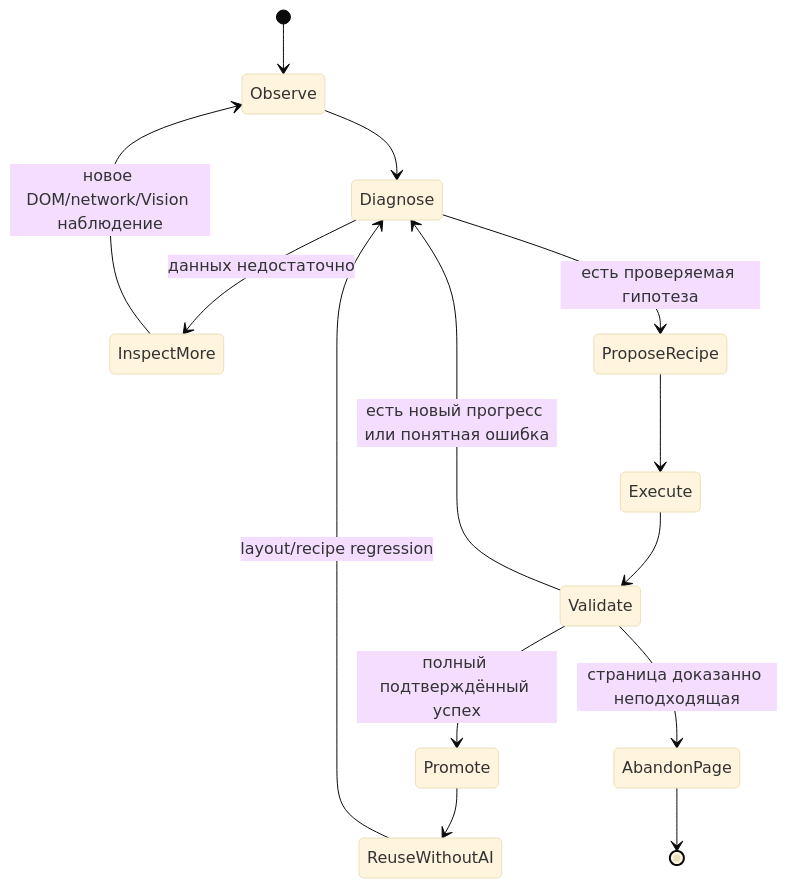
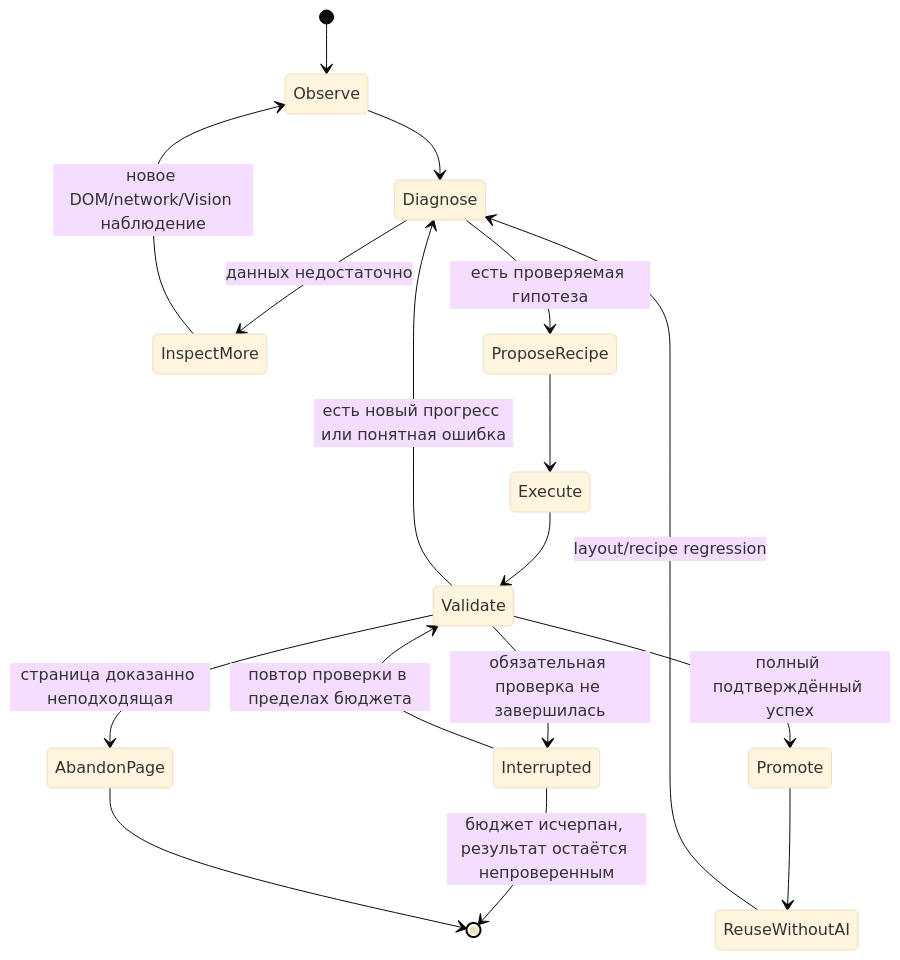
Before and after one commit to uncommonartemon/Ningredy-bot: the third of 3 diagrams in PROJECT_STRATEGY.md, drawn with Mermaid (base theme). The commit also changed other lines of this file and 2 other files, not shown here.

````diff
--- a/PROJECT_STRATEGY.md
+++ b/PROJECT_STRATEGY.md
@@ -54,16 +88,19 @@
 ```mermaid
 stateDiagram-v2
     [*] --> Observe
     Observe --> Diagnose
     Diagnose --> InspectMore: данных недостаточно
     InspectMore --> Observe: новое DOM/network/Vision наблюдение
     Diagnose --> ProposeRecipe: есть проверяемая гипотеза
     ProposeRecipe --> Execute
     Execute --> Validate
     Validate --> Promote: полный подтверждённый успех
     Validate --> Diagnose: есть новый прогресс или понятная ошибка
+    Validate --> Interrupted: обязательная проверка не завершилась
     Validate --> AbandonPage: страница доказанно неподходящая
+    Interrupted --> Validate: повтор проверки в пределах бюджета
+    Interrupted --> [*]: бюджет исчерпан, результат остаётся непроверенным
     Promote --> ReuseWithoutAI
     ReuseWithoutAI --> Diagnose: layout/recipe regression
     AbandonPage --> [*]
 ```
````
